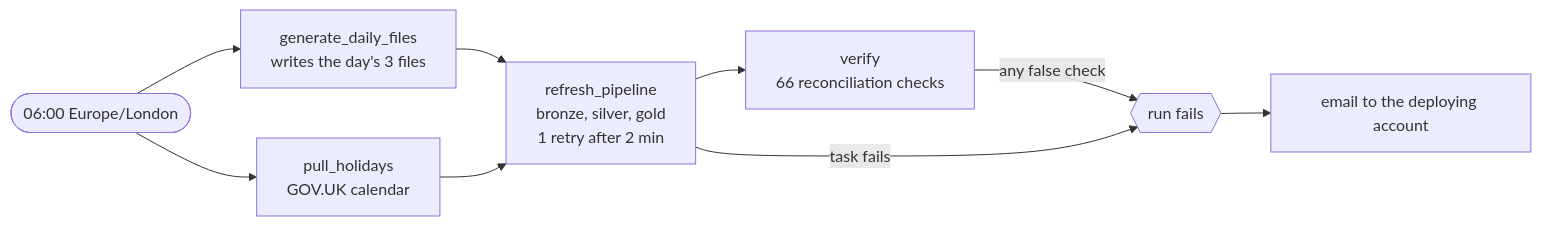
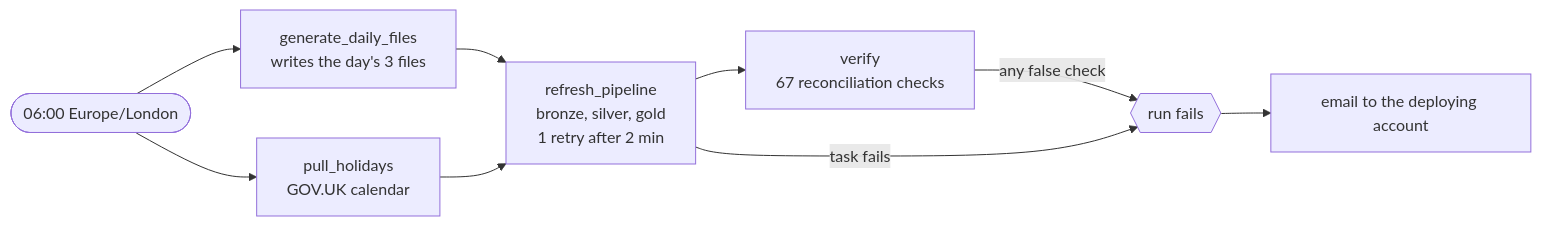
One commit to Babu3097/payments-fraud-lakehouse changed the second of 2 diagrams in docs/architecture.md. Above: the diagram before and after it, drawn with Mermaid. The commit also changed other lines of this file and 10 other files, not shown here.

````diff
--- a/docs/architecture.md
+++ b/docs/architecture.md
@@ -49,11 +49,11 @@
 ```mermaid
 flowchart LR
     T(["06:00 Europe/London"]) --> G["generate_daily_files<br/>writes the day's 3 files"]
     T --> H["pull_holidays<br/>GOV.UK calendar"]
     G --> P["refresh_pipeline<br/>bronze, silver, gold<br/>1 retry after 2 min"]
     H --> P
-    P --> V["verify<br/>66 reconciliation checks"]
+    P --> V["verify<br/>67 reconciliation checks"]
     V -->|"any false check"| F{{"run fails"}}
     P -->|"task fails"| F
     F --> M["email to the deploying account"]
 ```
````
